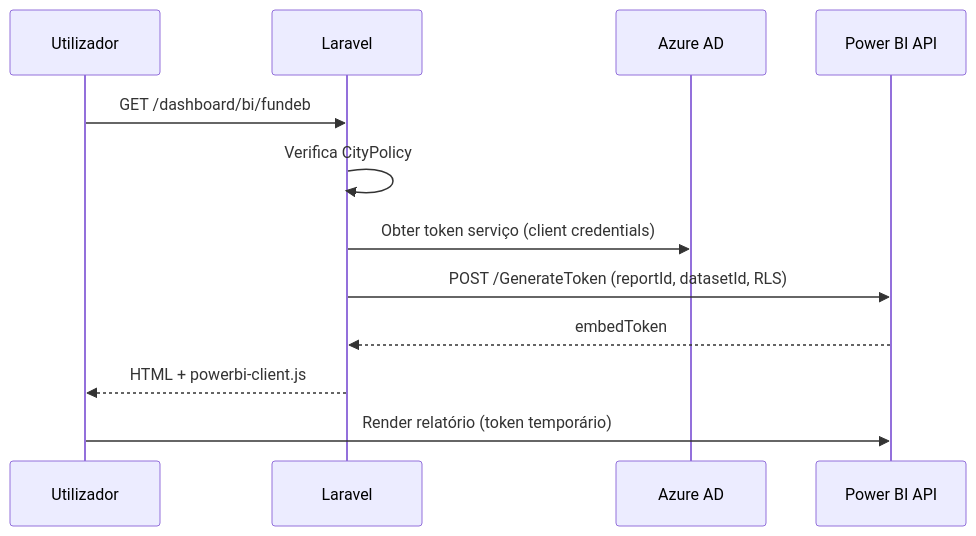
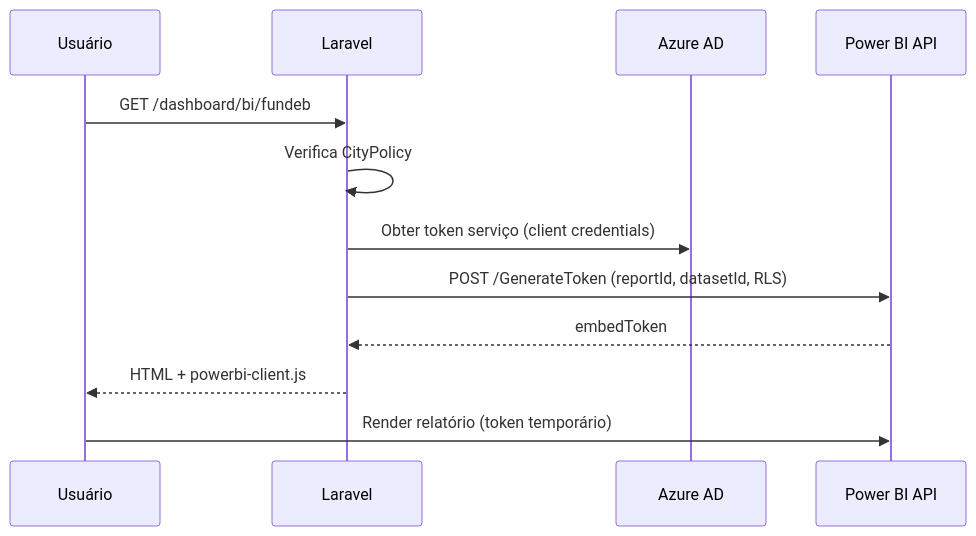
One commit to JaderGabriel/serventec-servlitcys changed the fourth of 5 diagrams in docs/POWERBI.md. Above: the diagram before and after it, drawn with Mermaid. The commit also changed other lines of this file and 206 other files, not shown here.

````diff
--- a/docs/POWERBI.md
+++ b/docs/POWERBI.md
@@ -388,15 +388,15 @@
 ```mermaid
 sequenceDiagram
-    participant U as Utilizador
+    participant U as Usuário
     participant L as Laravel
     participant A as Azure AD
     participant P as Power BI API
 
     U->>L: GET /dashboard/bi/fundeb
     L->>L: Verifica CityPolicy
     L->>A: Obter token serviço (client credentials)
     L->>P: POST /GenerateToken (reportId, datasetId, RLS)
     P-->>L: embedToken
     L-->>U: HTML + powerbi-client.js
     U->>P: Render relatório (token temporário)
 ```
````
